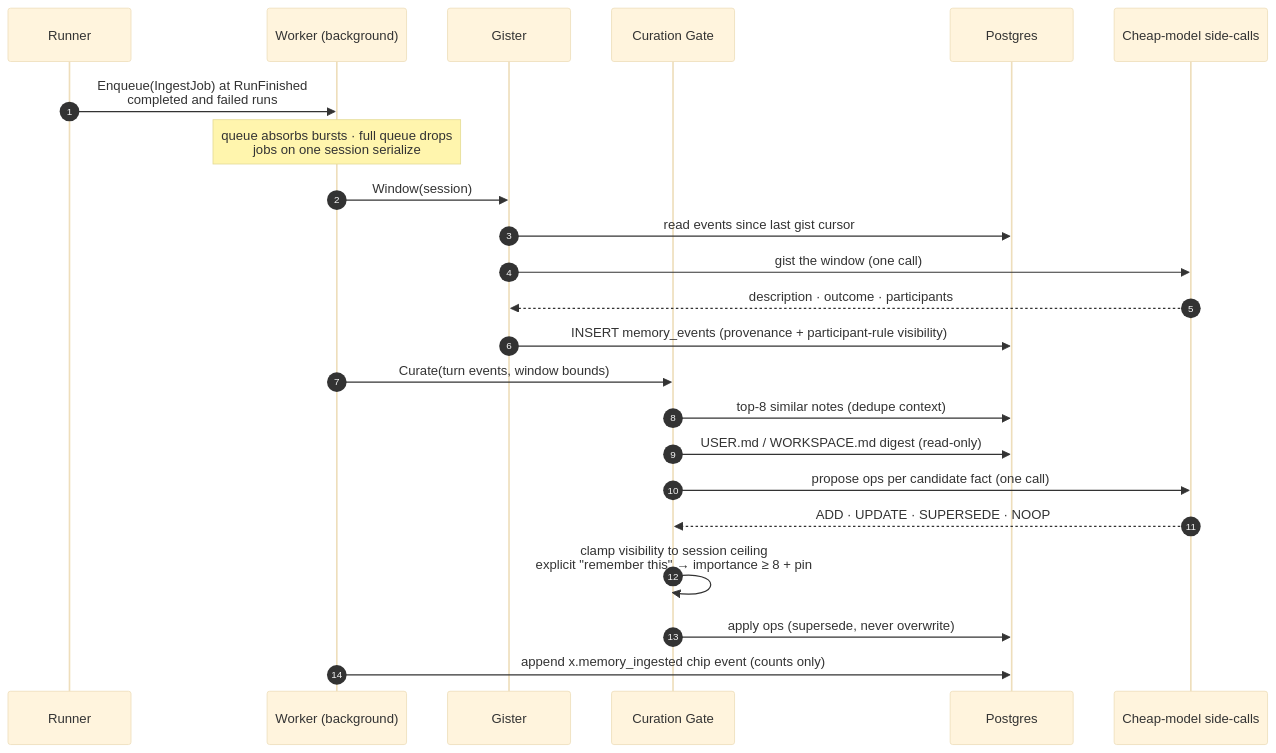
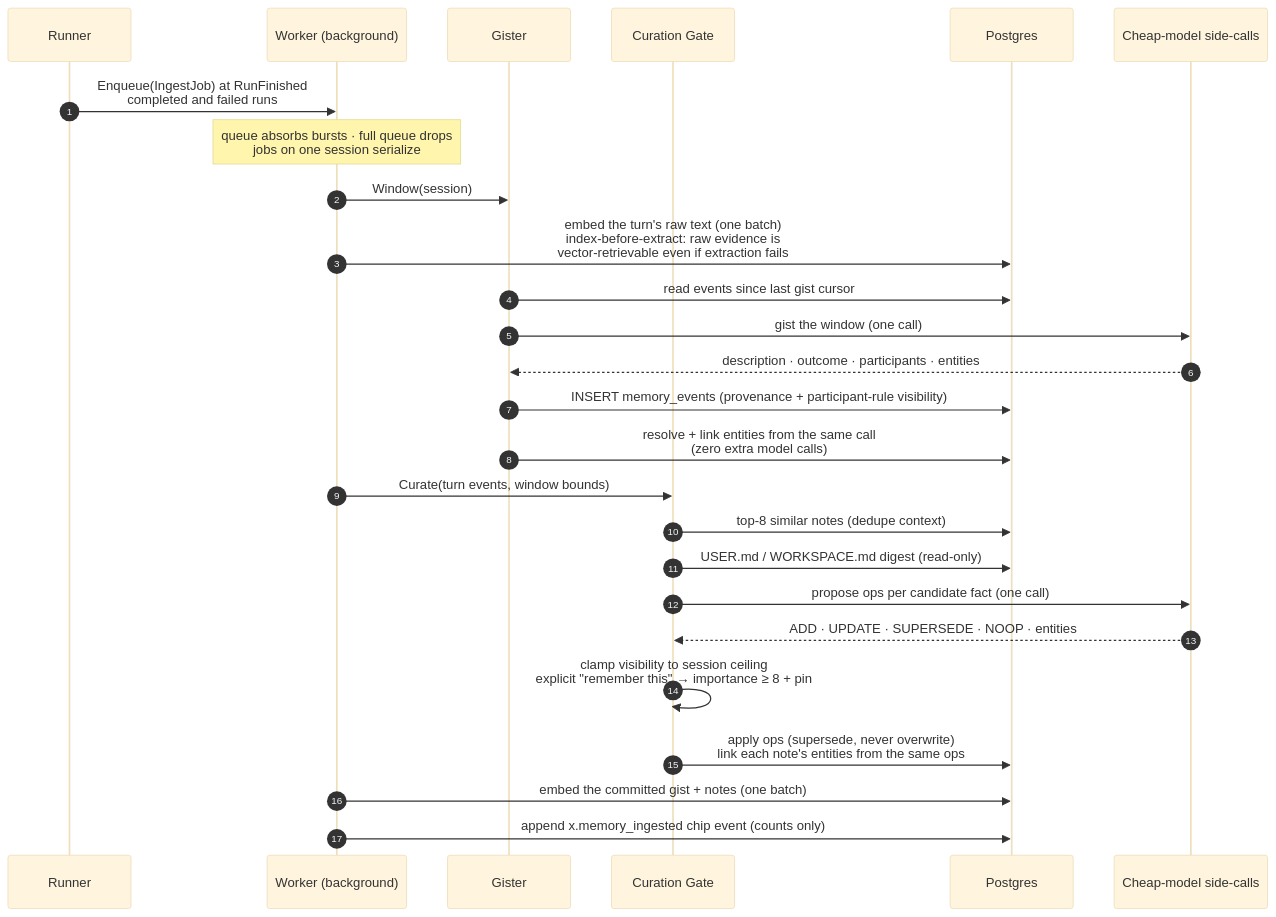
One commit to oniharnantyo/onclaw changed the fifth of 11 diagrams in docs/memory-system.md. Above: the diagram before and after it, drawn with Mermaid (base theme). The commit also changed other lines of this file and 62 other files, not shown here.

First line of the commit message:
feat(memory): wave 3 vectors and entity graph — fused retrieval, raw index, traversal

````diff
--- a/docs/memory-system.md
+++ b/docs/memory-system.md
@@ -187,26 +253,29 @@
 ```mermaid
 sequenceDiagram
     autonumber
     participant R as Runner
     participant W as Worker (background)
     participant G as Gister
     participant C as Curation Gate
     participant DB as Postgres
     participant M as Cheap-model side-calls
 
     R->>W: Enqueue(IngestJob) at RunFinished<br/>completed and failed runs
     Note over W: queue absorbs bursts · full queue drops<br/>jobs on one session serialize
     W->>G: Window(session)
+    W->>DB: embed the turn's raw text (one batch)<br/>index-before-extract: raw evidence is<br/>vector-retrievable even if extraction fails
     G->>DB: read events since last gist cursor
     G->>M: gist the window (one call)
-    M-->>G: description · outcome · participants
+    M-->>G: description · outcome · participants · entities
     G->>DB: INSERT memory_events (provenance + participant-rule visibility)
+    G->>DB: resolve + link entities from the same call<br/>(zero extra model calls)
     W->>C: Curate(turn events, window bounds)
     C->>DB: top-8 similar notes (dedupe context)
     C->>DB: USER.md / WORKSPACE.md digest (read-only)
     C->>M: propose ops per candidate fact (one call)
-    M-->>C: ADD · UPDATE · SUPERSEDE · NOOP
+    M-->>C: ADD · UPDATE · SUPERSEDE · NOOP · entities
     C->>C: clamp visibility to session ceiling<br/>explicit "remember this" → importance ≥ 8 + pin
-    C->>DB: apply ops (supersede, never overwrite)
+    C->>DB: apply ops (supersede, never overwrite)<br/>link each note's entities from the same ops
+    W->>DB: embed the committed gist + notes (one batch)
     W->>DB: append x.memory_ingested chip event (counts only)
 ```
````
